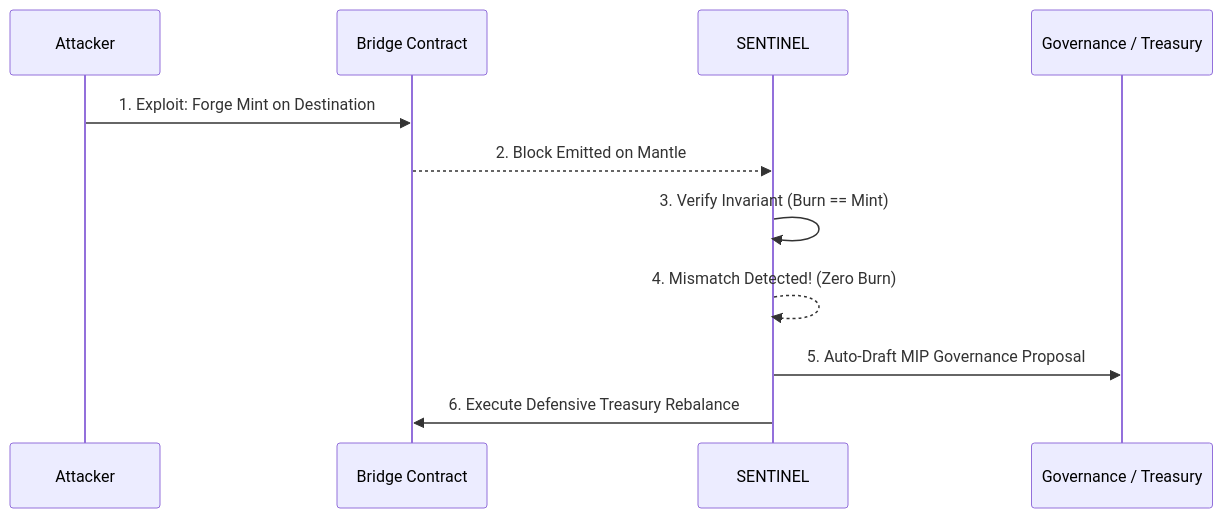
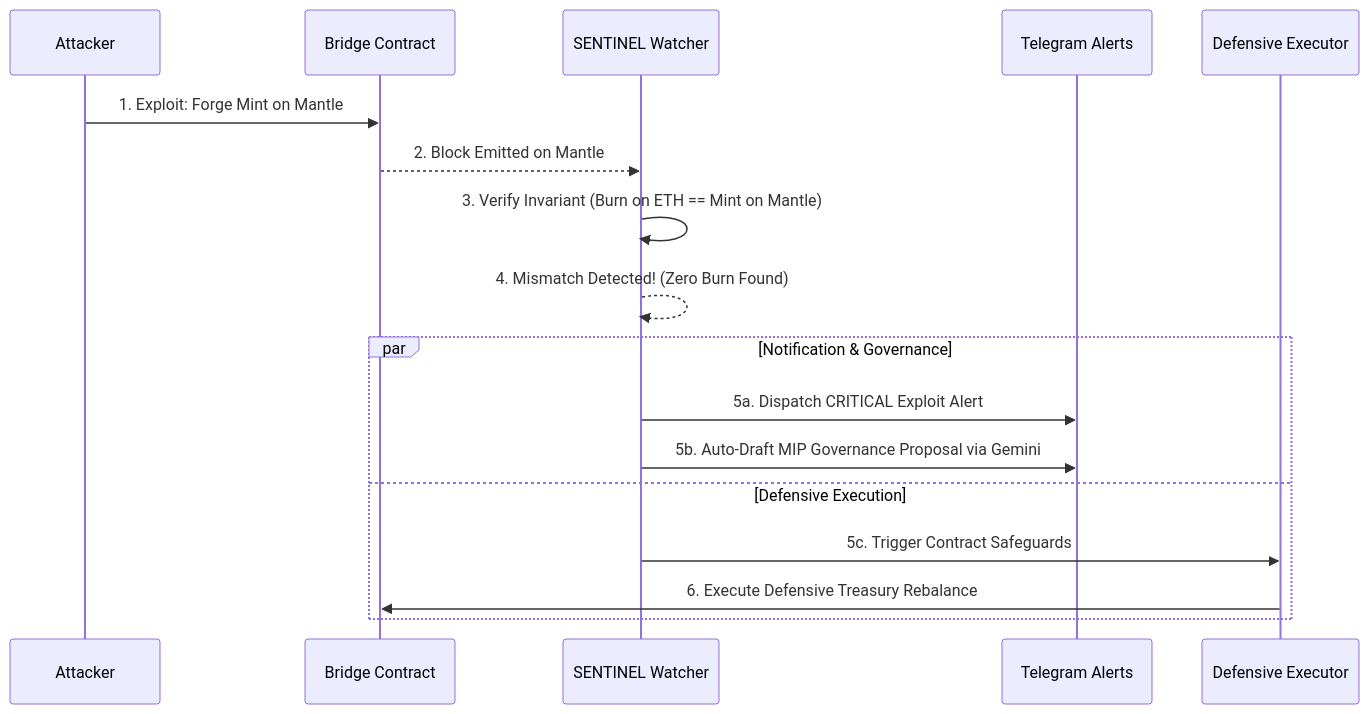
One commit to Lakshmikanth-3/mantle changed the second of 2 diagrams in README.md. Above: the diagram before and after it, drawn with Mermaid. The commit also changed other lines of this file and 4 other files, not shown here.

Commit message:
docs: overhaul README and simplify architecture to use Telegram native alerts

````diff
--- a/README.md
+++ b/README.md
@@ -54,14 +53,21 @@
 ```mermaid
 sequenceDiagram
-    participant A as Attacker
-    participant B as Bridge Contract
-    participant S as SENTINEL
-    participant G as Governance / Treasury
+    participant Attacker
+    participant Bridge Contract
+    participant SENTINEL Watcher
+    participant Telegram Alerts
+    participant Defensive Executor
     
-    A->>B: 1. Exploit: Forge Mint on Destination
-    B-->>S: 2. Block Emitted on Mantle
-    S->>S: 3. Verify Invariant (Burn == Mint)
-    S-->>S: 4. Mismatch Detected! (Zero Burn)
-    S->>G: 5. Auto-Draft MIP Governance Proposal
-    S->>B: 6. Execute Defensive Treasury Rebalance
+    Attacker->>Bridge Contract: 1. Exploit: Forge Mint on Mantle
+    Bridge Contract-->>SENTINEL Watcher: 2. Block Emitted on Mantle
+    SENTINEL Watcher->>SENTINEL Watcher: 3. Verify Invariant (Burn on ETH == Mint on Mantle)
+    SENTINEL Watcher-->>SENTINEL Watcher: 4. Mismatch Detected! (Zero Burn Found)
+    
+    par Notification & Governance
+        SENTINEL Watcher->>Telegram Alerts: 5a. Dispatch CRITICAL Exploit Alert
+        SENTINEL Watcher->>Telegram Alerts: 5b. Auto-Draft MIP Governance Proposal via Gemini
+    and Defensive Execution
+        SENTINEL Watcher->>Defensive Executor: 5c. Trigger Contract Safeguards
+        Defensive Executor->>Bridge Contract: 6. Execute Defensive Treasury Rebalance
+    end
 ```
````
